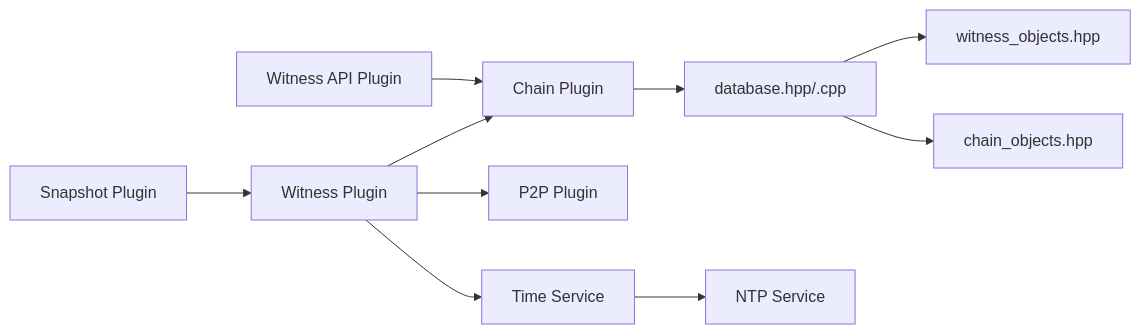
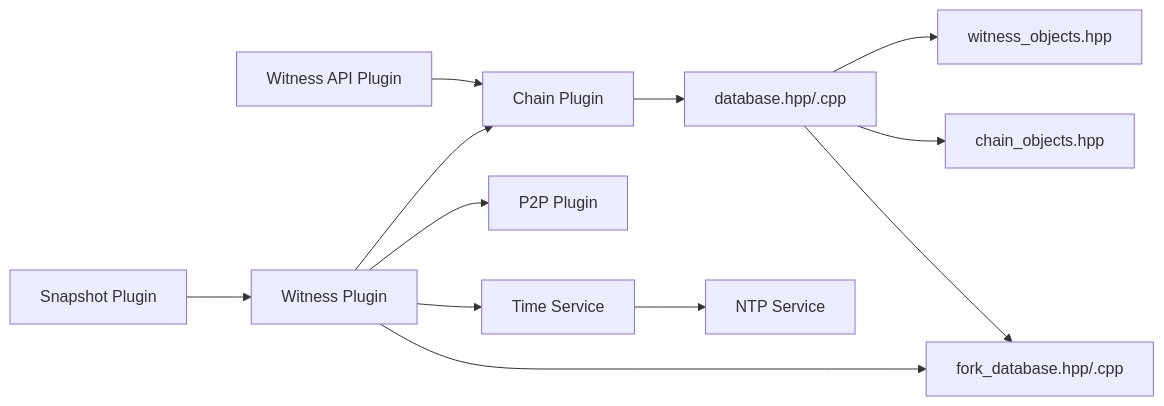
Before and after one commit to VIZ-Blockchain/viz-cpp-node: the seventh of 7 diagrams in .qoder/repowiki/en/content/Witness.md, drawn with Mermaid. The commit also changed other lines of this file and 4 other files, not shown here.

````diff
--- a/.qoder/repowiki/en/content/Witness.md
+++ b/.qoder/repowiki/en/content/Witness.md
@@ -460,12 +529,14 @@
 ```mermaid
 graph LR
 WITNESS["Witness Plugin"] --> CHAIN["Chain Plugin"]
 WITNESS --> P2P["P2P Plugin"]
 WITNESS --> TIME["Time Service"]
+WITNESS --> FORK_DB["Fork Database"]
 WAPI["Witness API Plugin"] --> CHAIN
 SNAPSHOT["Snapshot Plugin"] --> WITNESS
 CHAIN --> DB["database.hpp/.cpp"]
 DB --> WITNESS_OBJ["witness_objects.hpp"]
 DB --> BPV_OBJ["chain_objects.hpp"]
+DB --> FORK_DB["fork_database.hpp/.cpp"]
 TIME --> NTP["NTP Service"]
 ```
````
